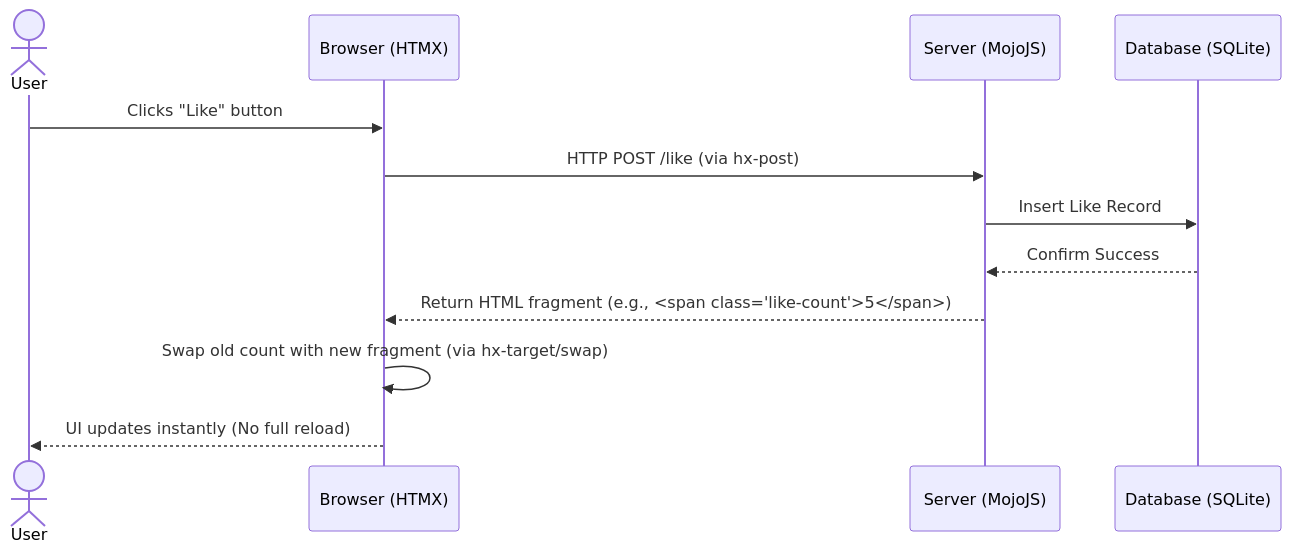
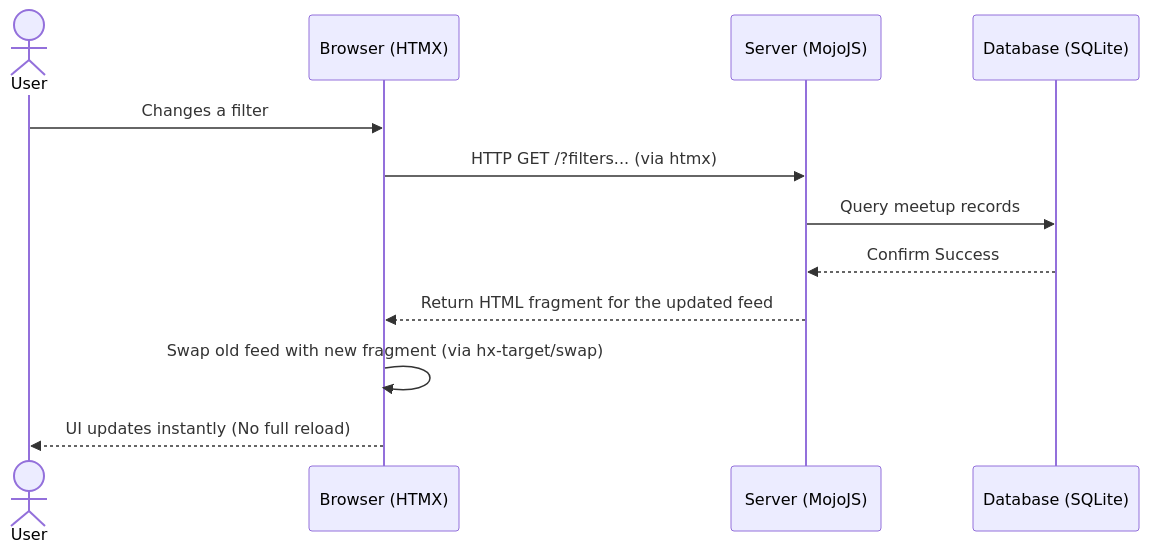
The second of 2 diagrams in posts/a1-dev-blog-03.md (xuan294/Deco2017-BLOG-), drawn with Mermaid before and after one commit. The commit also changed other lines of this file, not shown here.

First line of the commit message:
Revise blog post for restaurant meetup focus

````diff
--- a/posts/a1-dev-blog-03.md
+++ b/posts/a1-dev-blog-03.md
@@ -59,15 +62,15 @@
 ```mermaid
 sequenceDiagram
     actor User
     participant Browser (HTMX)
     participant Server (MojoJS)
     participant Database (SQLite)
     
-    User->>Browser (HTMX): Clicks "Like" button
-    Browser (HTMX)->>Server (MojoJS): HTTP POST /like (via hx-post)
-    Server (MojoJS)->>Database (SQLite): Insert Like Record
+    User->>Browser (HTMX): Changes a filter
+    Browser (HTMX)->>Server (MojoJS): HTTP GET /?filters... (via htmx)
+    Server (MojoJS)->>Database (SQLite): Query meetup records
     Database (SQLite)-->>Server (MojoJS): Confirm Success
-    Server (MojoJS)-->>Browser (HTMX): Return HTML fragment (e.g., <span class="like-count">5</span>)
-    Browser (HTMX)->>Browser (HTMX): Swap old count with new fragment (via hx-target/swap)
+    Server (MojoJS)-->>Browser (HTMX): Return HTML fragment for the updated feed
+    Browser (HTMX)->>Browser (HTMX): Swap old feed with new fragment (via hx-target/swap)
     Browser (HTMX)-->>User: UI updates instantly (No full reload)
 ```
````
